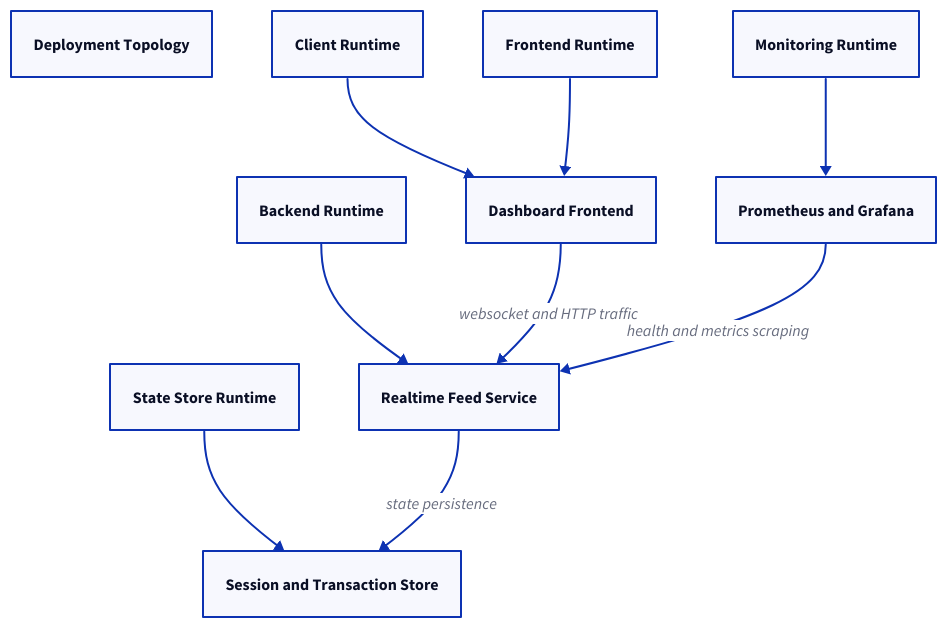
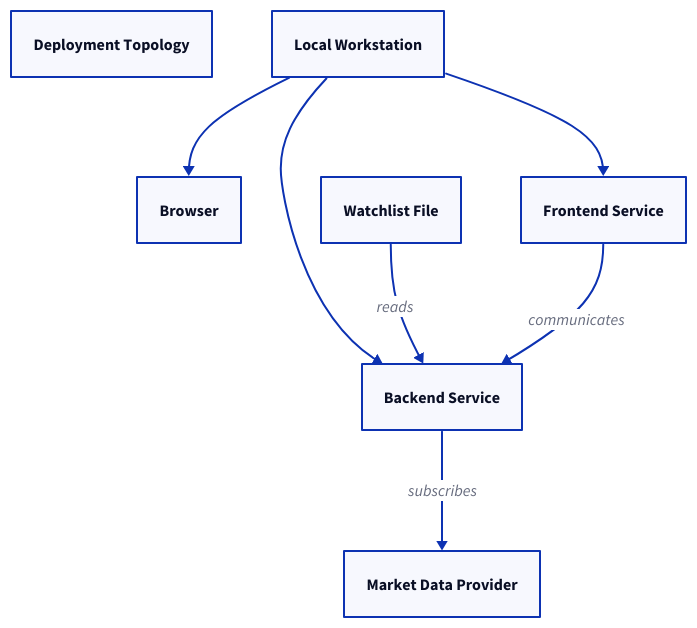
One commit to TeroTS/stock-dashboard changed the diagram in docs/diagrams/deployment_topology.d2. Above: the diagram before and after it, drawn with D2. The commit also changed 12 other files, not shown here.

```diff
--- a/docs/diagrams/deployment_topology.d2
+++ b/docs/diagrams/deployment_topology.d2
@@ -1,22 +1,15 @@
 title: Deployment Topology
 
-browser_node: "Client Runtime"
-frontend_node: "Frontend Runtime"
-backend_node: "Backend Runtime"
-state_node: "State Store Runtime"
-monitoring_node: "Monitoring Runtime"
+workstation: "Local Workstation"
+browser: "Browser"
+frontend: "Frontend Service"
+backend: "Backend Service"
+watchlist: "Watchlist File"
+provider: "Market Data Provider"
 
-frontend_app: "Dashboard Frontend"
-backend_app: "Realtime Feed Service"
-state_store: "Session and Transaction Store"
-monitoring_tools: "Prometheus and Grafana"
-
-browser_node -> frontend_app
-frontend_node -> frontend_app
-backend_node -> backend_app
-state_node -> state_store
-monitoring_node -> monitoring_tools
-
-frontend_app -> backend_app: websocket and HTTP traffic
-backend_app -> state_store: state persistence
-monitoring_tools -> backend_app: health and metrics scraping
+workstation -> browser
+workstation -> frontend
+workstation -> backend
+watchlist -> backend: reads
+frontend -> backend: communicates
+backend -> provider: subscribes
```
